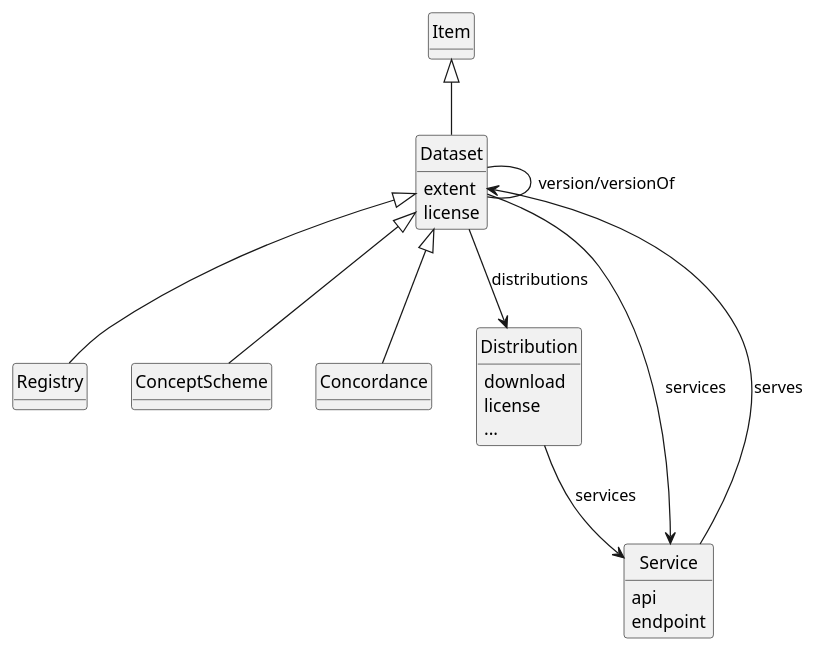
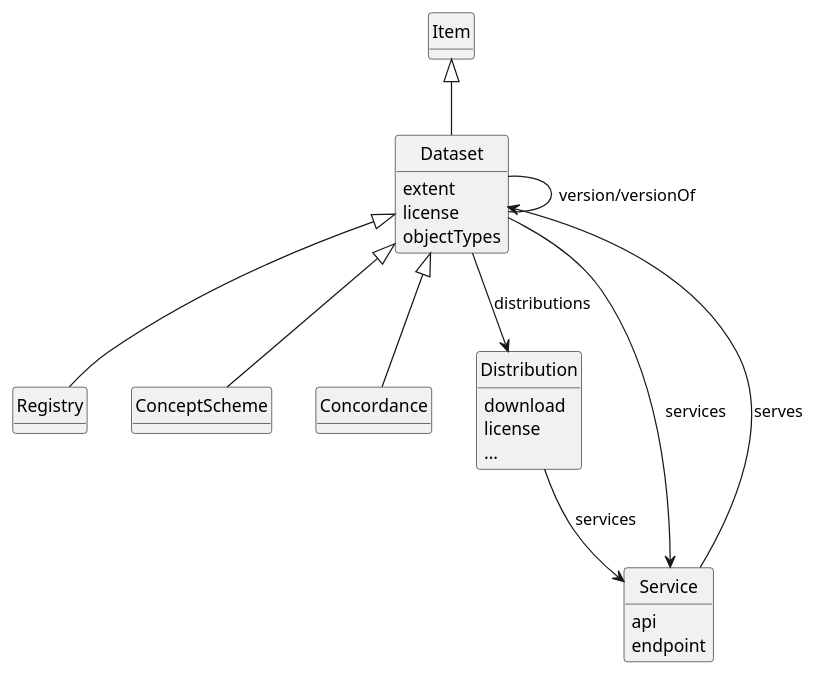
One commit to gbv/jskos changed the diagram in dataset.puml. Above: the diagram before and after it, drawn with PlantUML. The commit also changed 16 other files, not shown here.

Commit message:
Add field: objectTypes

```diff
--- a/dataset.puml
+++ b/dataset.puml
@@ -1,32 +1,33 @@
 @startuml
 hide methods
 hide circles
 
 Item <|-- Dataset
 Dataset <|-- Registry
 Dataset <|-- ConceptScheme
 Dataset <|-- Concordance
 
 class Dataset {
   extent
   license
+  objectTypes
 }
 
 class Distribution {
   download
   license
   ...
 }
 
 class Service {
   api
   endpoint
 }
 
 Dataset -- Dataset : version/versionOf
 
 Dataset --> Service : services
 Dataset --> Distribution : distributions
 Distribution --> Service : services
 Service --> Dataset : serves
 @enduml
```
